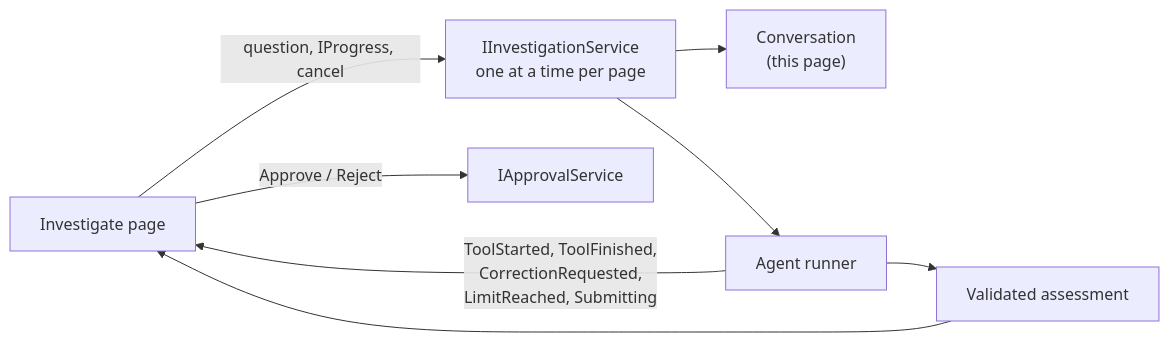
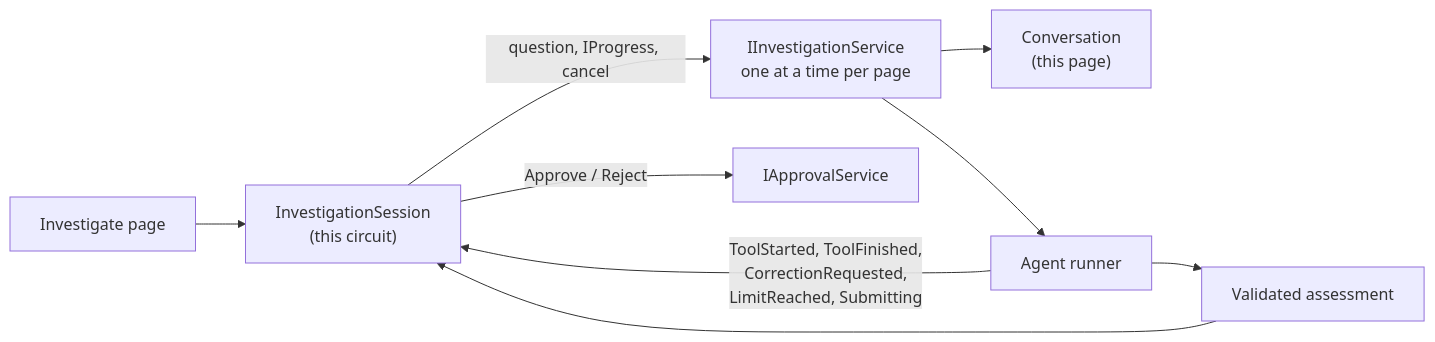
The sixth of 8 diagrams in docs/Architecture.md (ankurparekh1988/payment-ops-investigation-agent), drawn with Mermaid before and after one commit. The commit also changed other lines of this file and 111 other files, not shown here.

````diff
--- a/docs/Architecture.md
+++ b/docs/Architecture.md
@@ -261,10 +289,11 @@
 ```mermaid
 flowchart LR
-  P["Investigate page"] -->|"question, IProgress, cancel"| S["IInvestigationService<br/>one at a time per page"]
+  P["Investigate page"] --> I["InvestigationSession<br/>(this circuit)"]
+  I -->|"question, IProgress, cancel"| S["IInvestigationService<br/>one at a time per page"]
   S --> C["Conversation<br/>(this page)"]
   S --> R["Agent runner"]
-  R -- "ToolStarted, ToolFinished,<br/>CorrectionRequested,<br/>LimitReached, Submitting" --> P
+  R -- "ToolStarted, ToolFinished,<br/>CorrectionRequested,<br/>LimitReached, Submitting" --> I
   R --> V["Validated assessment"]
-  V --> P
-  P -->|"Approve / Reject"| A["IApprovalService"]
+  V --> I
+  I -->|"Approve / Reject"| A["IApprovalService"]
 ```
````
